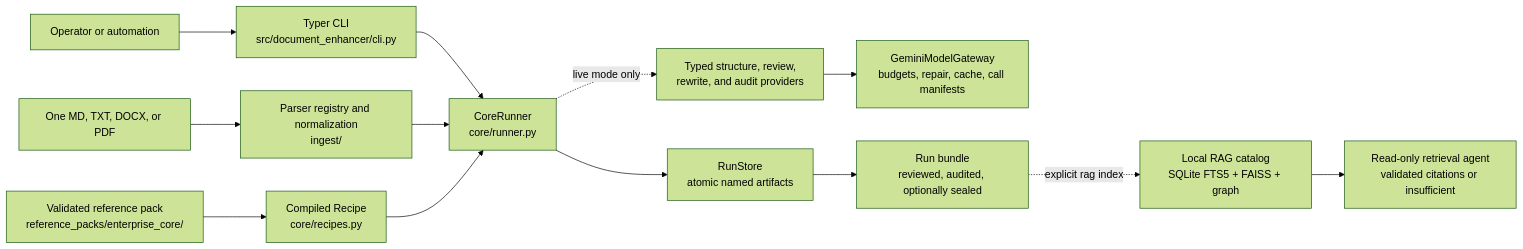
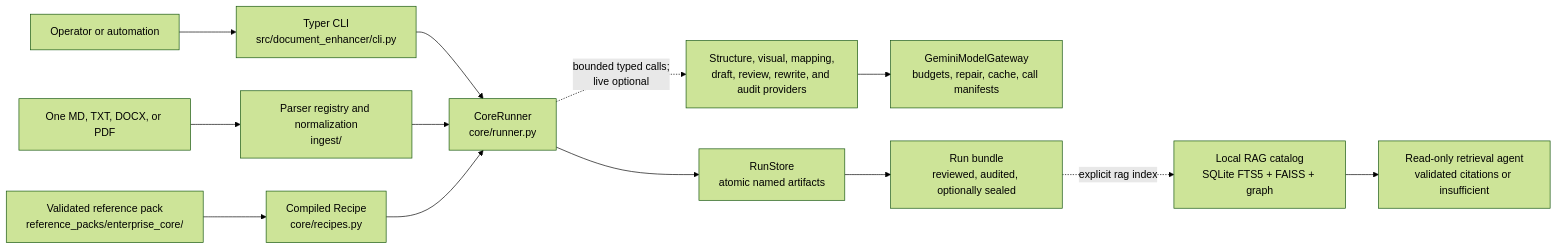
The first of 5 diagrams in README.md (gustavorubim/document-enhancer-pwt), drawn with Mermaid (forest theme) before and after one commit. The commit also changed other lines of this file and 12 other files, not shown here.

````diff
--- a/README.md
+++ b/README.md
@@ -38,15 +46,15 @@
 ```mermaid
 flowchart LR
     operator["Operator or automation"] --> cli["Typer CLI<br/>src/document_enhancer/cli.py"]
     source["One MD, TXT, DOCX, or PDF"] --> ingest["Parser registry and normalization<br/>ingest/"]
     pack["Validated reference pack<br/>reference_packs/enterprise_core/"] --> recipe["Compiled Recipe<br/>core/recipes.py"]
     cli --> runner["CoreRunner<br/>core/runner.py"]
     ingest --> runner
     recipe --> runner
     runner --> store["RunStore<br/>atomic named artifacts"]
-    runner -. "live mode only" .-> providers["Typed structure, review,<br/>rewrite, and audit providers"]
+    runner -. "bounded typed calls;<br/>live optional" .-> providers["Structure, visual, mapping,<br/>draft, review, rewrite, and audit providers"]
     providers --> gateway["GeminiModelGateway<br/>budgets, repair, cache, call manifests"]
     store --> bundle["Run bundle<br/>reviewed, audited, optionally sealed"]
     bundle -. "explicit rag index" .-> catalog["Local RAG catalog<br/>SQLite FTS5 + FAISS + graph"]
     catalog --> rag["Read-only retrieval agent<br/>validated citations or insufficient"]
 ```
````
